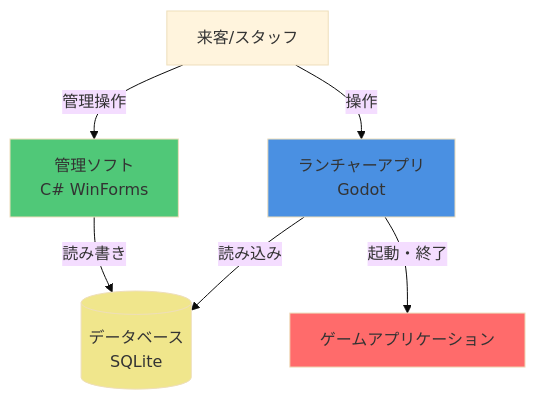
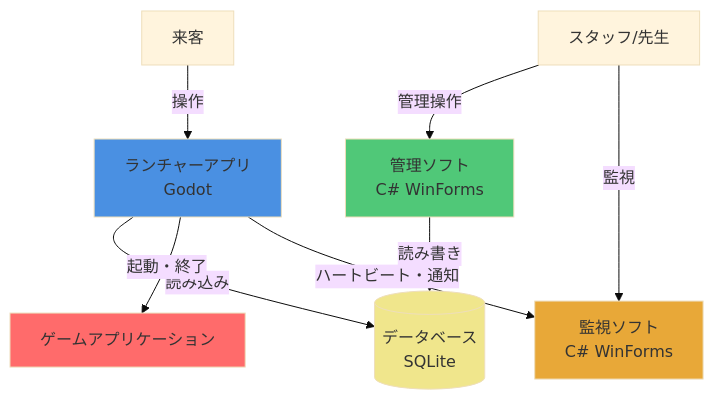
Before and after one commit to ken1208git/TonePrism: the first of 2 diagrams in SPECIFICATION.md, drawn with Mermaid (base theme). The commit also changed other lines of this file and 3 other files, not shown here.

First line of the commit message:
docs: 監視ソフト（Monitor）の仕様をSPECIFICATION.mdに追加

````diff
--- a/SPECIFICATION.md
+++ b/SPECIFICATION.md
@@ -1029,19 +1148,24 @@
 ```mermaid
 graph TB
-    User[来客/スタッフ]
+    Visitor[来客]
+    Staff[スタッフ/先生]
     Launcher[ランチャーアプリ<br/>Godot]
     Manager[管理ソフト<br/>C# WinForms]
+    Monitor[監視ソフト<br/>C# WinForms]
     Data[(データベース<br/>SQLite)]
     Game[ゲームアプリケーション]
-    
-    User -->|操作| Launcher
-    User -->|管理操作| Manager
+
+    Visitor -->|操作| Launcher
+    Staff -->|管理操作| Manager
+    Staff -->|監視| Monitor
     Launcher -->|読み込み| Data
     Manager -->|読み書き| Data
     Launcher -->|起動・終了| Game
-    
+    Launcher -->|ハートビート・通知| Monitor
+
     style Launcher fill:#4a90e2
     style Manager fill:#50c878
+    style Monitor fill:#e8a838
     style Data fill:#f0e68c
     style Game fill:#ff6b6b
 ```
````
